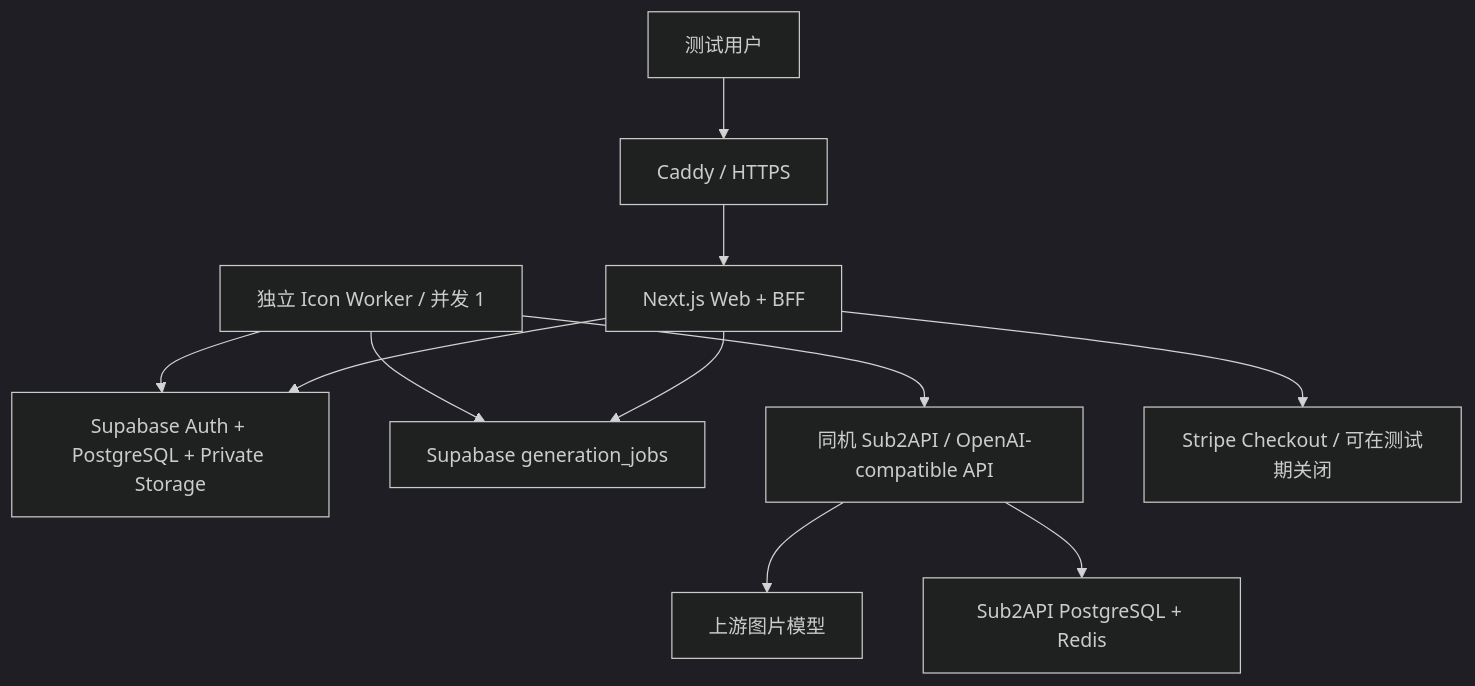
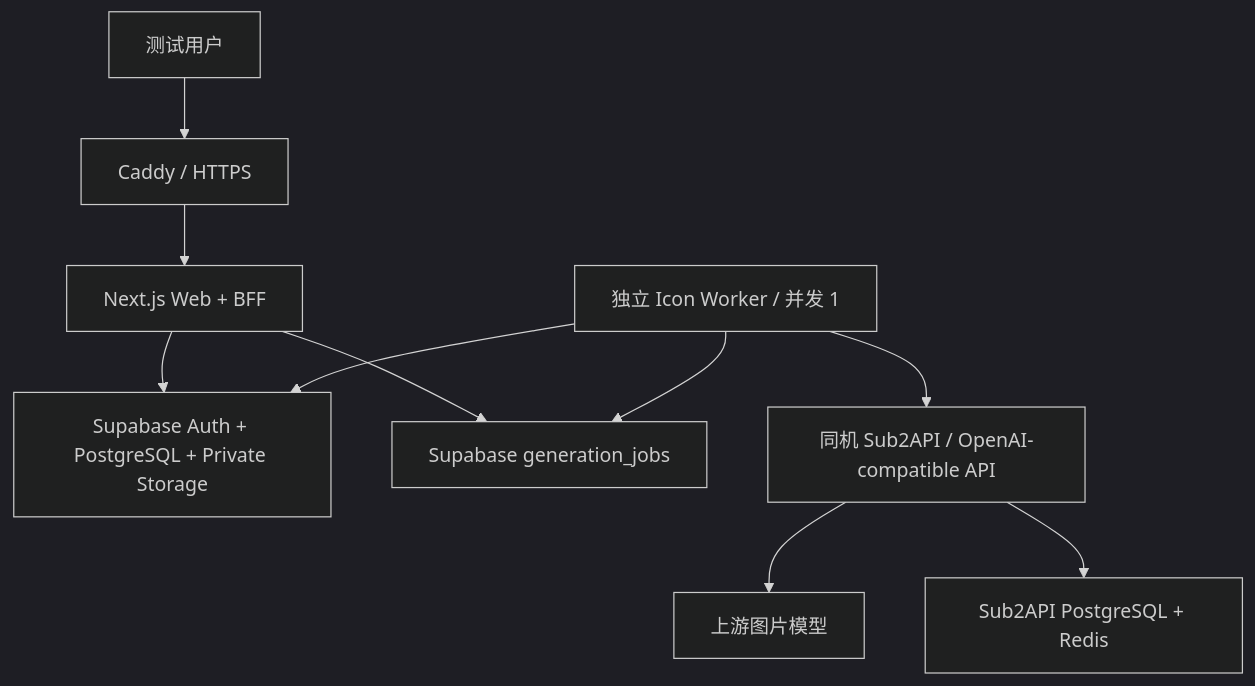
One commit to Caserla/icongen changed the diagram in docs/guides/monthly-vps-test-deployment.md. Above: the diagram before and after it, drawn with Mermaid (dark theme). The commit also changed other lines of this file and 165 other files, not shown here.

````diff
--- a/docs/guides/monthly-vps-test-deployment.md
+++ b/docs/guides/monthly-vps-test-deployment.md
@@ -15,13 +14,12 @@
 ```mermaid
 flowchart TD
   User["测试用户"] --> HTTPS["Caddy / HTTPS"]
   HTTPS --> Web["Next.js Web + BFF"]
   Web --> Supabase["Supabase Auth + PostgreSQL + Private Storage"]
   Web --> Queue["Supabase generation_jobs"]
   Worker["独立 Icon Worker / 并发 1"] --> Queue
   Worker --> Gateway["同机 Sub2API / OpenAI-compatible API"]
   Gateway --> Upstream["上游图片模型"]
   Gateway --> GatewayDB["Sub2API PostgreSQL + Redis"]
   Worker --> Supabase
-  Web --> Stripe["Stripe Checkout / 可在测试期关闭"]
 ```
````
